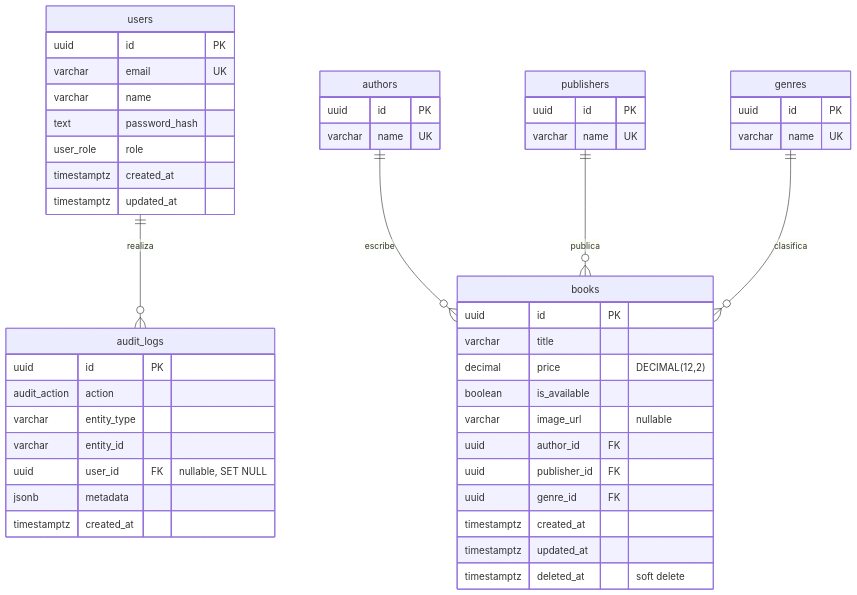
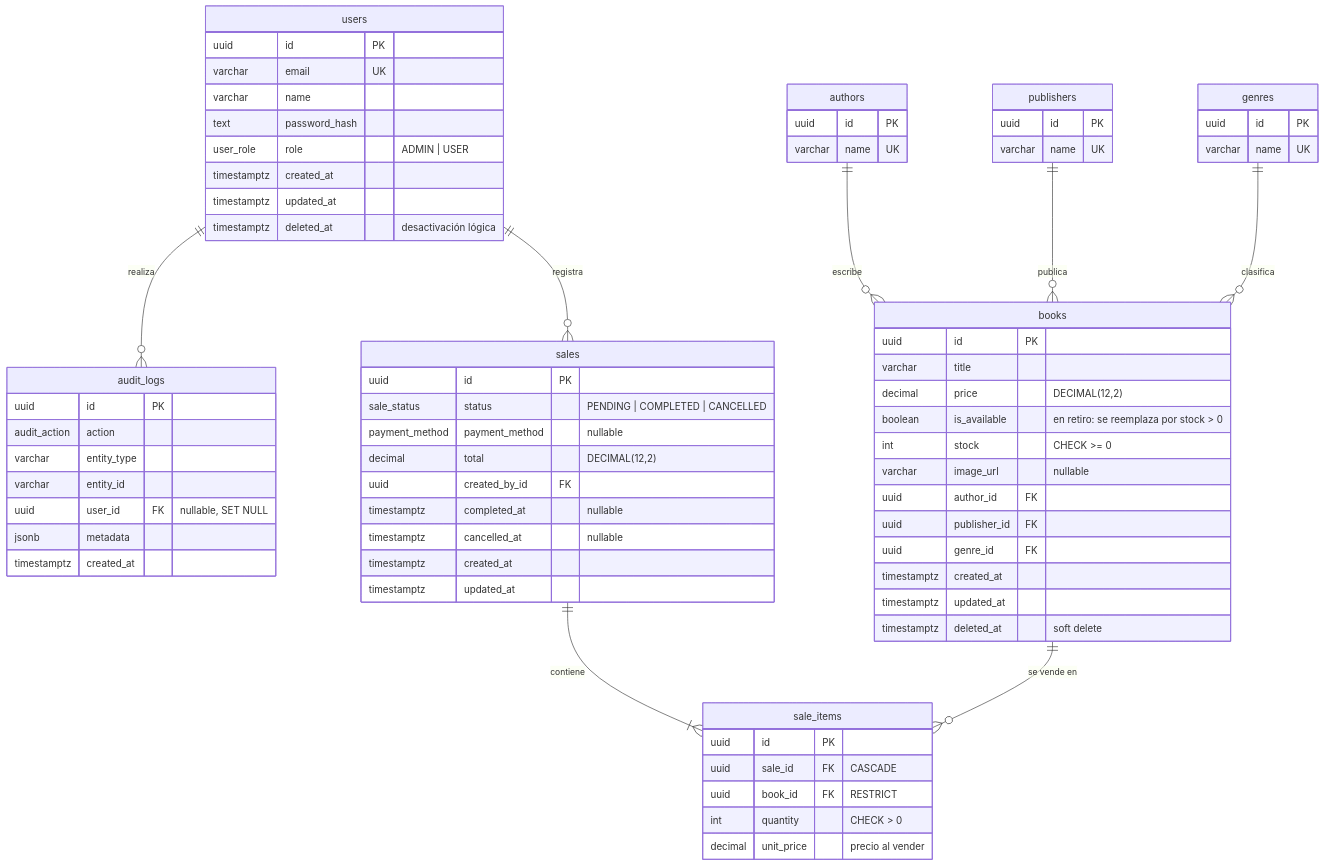
The diagram in docs/DATABASE.md (gbo-ynz/cmpc-test), drawn with Mermaid before and after one commit. The commit also changed other lines of this file and 26 other files, not shown here.

First line of the commit message:
feat: add roles, user deactivation, stock and sales schema

````diff
--- a/docs/DATABASE.md
+++ b/docs/DATABASE.md
@@ -8,51 +8,74 @@
 ```mermaid
 erDiagram
   users ||--o{ audit_logs : "realiza"
+  users ||--o{ sales : "registra"
   authors ||--o{ books : "escribe"
   publishers ||--o{ books : "publica"
   genres ||--o{ books : "clasifica"
+  sales ||--|{ sale_items : "contiene"
+  books ||--o{ sale_items : "se vende en"
 
   users {
     uuid id PK
     varchar email UK
     varchar name
     text password_hash
-    user_role role
+    user_role role "ADMIN | USER"
     timestamptz created_at
     timestamptz updated_at
+    timestamptz deleted_at "desactivación lógica"
+  }
+  sales {
+    uuid id PK
+    sale_status status "PENDING | COMPLETED | CANCELLED"
+    payment_method payment_method "nullable"
+    decimal total "DECIMAL(12,2)"
+    uuid created_by_id FK
+    timestamptz completed_at "nullable"
+    timestamptz cancelled_at "nullable"
+    timestamptz created_at
+    timestamptz updated_at
+  }
+  sale_items {
+    uuid id PK
+    uuid sale_id FK "CASCADE"
+    uuid book_id FK "RESTRICT"
+    int quantity "CHECK > 0"
+    decimal unit_price "precio al vender"
   }
   authors {
     uuid id PK
     varchar name UK
   }
   publishers {
     uuid id PK
     varchar name UK
   }
   genres {
     uuid id PK
     varchar name UK
   }
   books {
     uuid id PK
     varchar title
     decimal price "DECIMAL(12,2)"
-    boolean is_available
+    boolean is_available "en retiro: se reemplaza por stock > 0"
+    int stock "CHECK >= 0"
     varchar image_url "nullable"
     uuid author_id FK
     uuid publisher_id FK
     uuid genre_id FK
     timestamptz created_at
     timestamptz updated_at
     timestamptz deleted_at "soft delete"
   }
   audit_logs {
     uuid id PK
     audit_action action
     varchar entity_type
     varchar entity_id
     uuid user_id FK "nullable, SET NULL"
     jsonb metadata
     timestamptz created_at
   }
 ```
````
